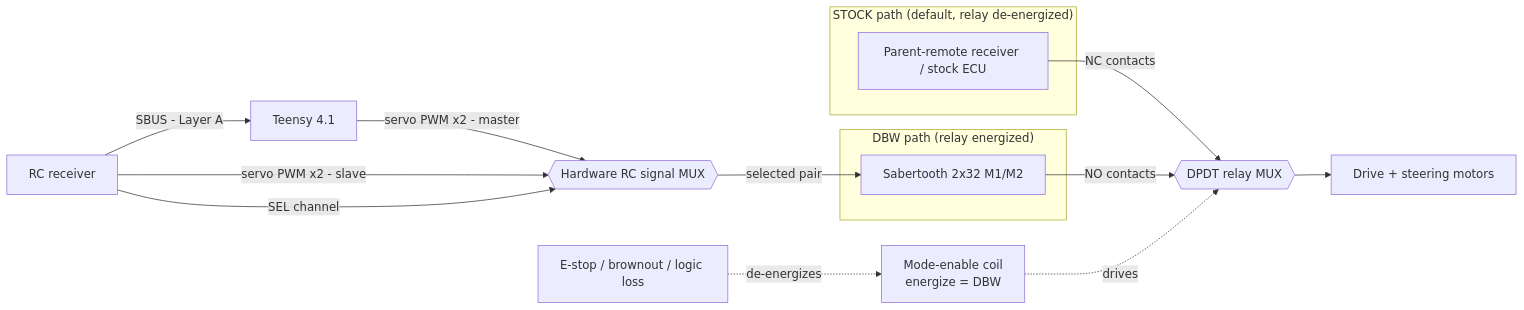
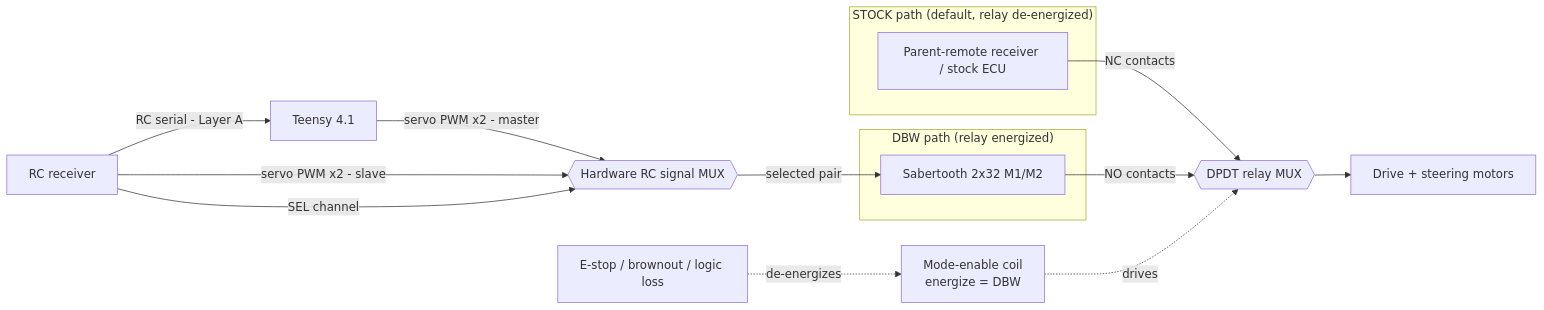
The diagram in docs/design/dbw.md (jrkwon/mrider), drawn with Mermaid before and after one commit. The commit also changed other lines of this file and 26 other files, not shown here.

````diff
--- a/docs/design/dbw.md
+++ b/docs/design/dbw.md
@@ -376,19 +376,19 @@
 ```mermaid
 flowchart LR
     subgraph STOCK["STOCK path (default, relay de-energized)"]
       PR[Parent-remote receiver / stock ECU]
     end
     subgraph DBW["DBW path (relay energized)"]
       SB[Sabertooth 2x32 M1/M2]
     end
     TEENSY[Teensy 4.1] -->|servo PWM x2 - master| SMUX{{Hardware RC signal MUX}}
-    RC[RC receiver] -->|SBUS - Layer A| TEENSY
+    RC[RC receiver] -->|RC serial - Layer A| TEENSY
     RC -->|servo PWM x2 - slave| SMUX
     RC -->|SEL channel| SMUX
     SMUX -->|selected pair| SB
     PR -->|NC contacts| RLY{{DPDT relay MUX}}
     SB -->|NO contacts| RLY
     EN[Mode-enable coil<br/>energize = DBW] -.drives.-> RLY
     RLY --> MOT[Drive + steering motors]
     ESTOP[E-stop / brownout / logic loss] -.de-energizes.-> EN
 ```
````
